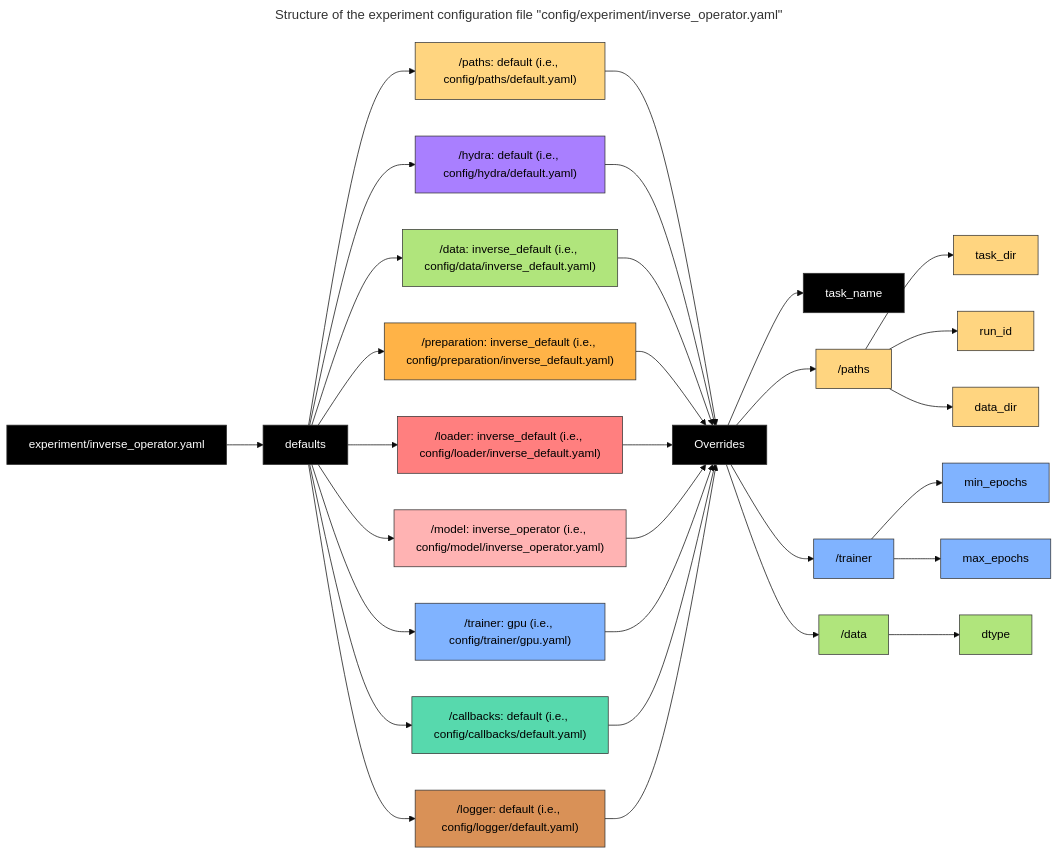
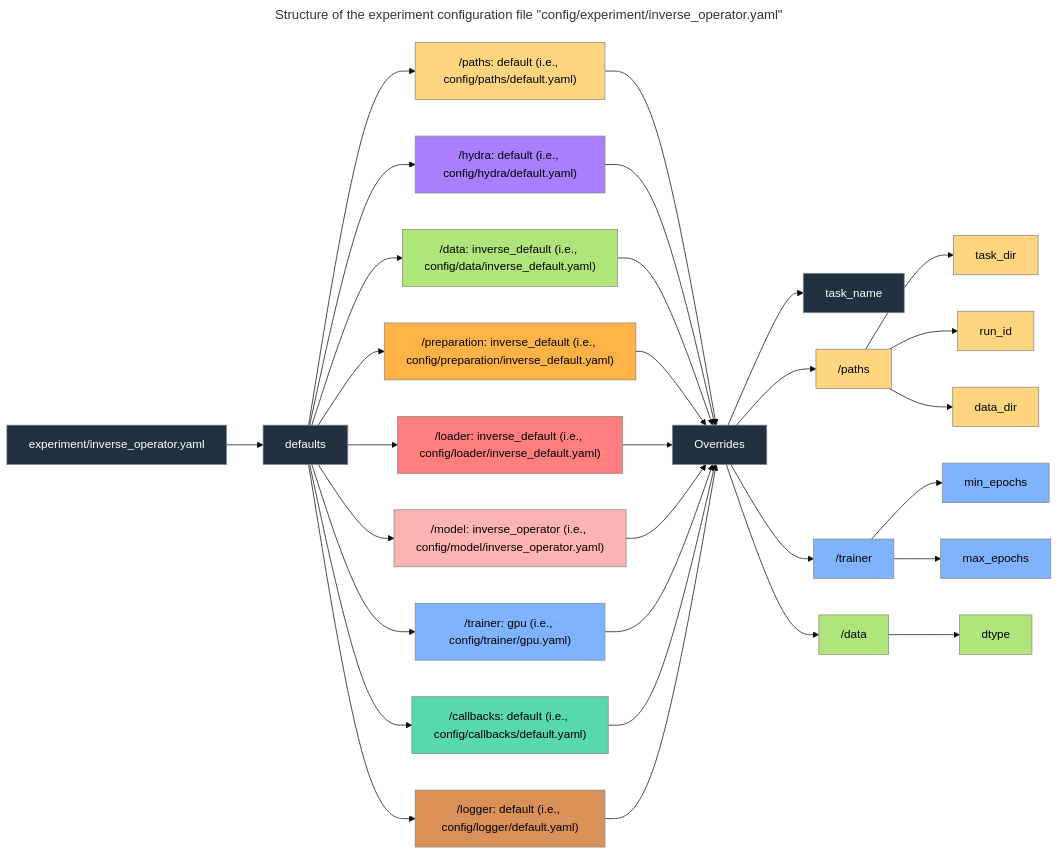
One commit to tremblaybenoit/RACCOONN changed the first of 2 diagrams in README.md. Above: the diagram before and after it, drawn with Mermaid (base theme).

Commit message:
Add experiment configuration to ReadMe.

````diff
--- a/README.md
+++ b/README.md
@@ -52,66 +52,66 @@
 ```mermaid
 ---
 title: Structure of the experiment configuration file "config/experiment/inverse_operator.yaml"
 ---
 flowchart LR
   A["experiment/inverse_operator.yaml"]
   A --> B["defaults"]
   B --> B1["/paths: default (i.e., config/paths/default.yaml)"]
   B --> B2["/hydra: default (i.e., config/hydra/default.yaml)"]
   B --> B3["/data: inverse_default (i.e., config/data/inverse_default.yaml)"]
   B --> B4["/preparation: inverse_default (i.e., config/preparation/inverse_default.yaml)"]
   B --> B5["/loader: inverse_default (i.e., config/loader/inverse_default.yaml)"]
   B --> B6["/model: inverse_operator (i.e., config/model/inverse_operator.yaml)"]
   B --> B7["/trainer: gpu (i.e., config/trainer/gpu.yaml)"]
   B --> B8["/callbacks: default (i.e., config/callbacks/default.yaml)"]
   B --> B9["/logger: default (i.e., config/logger/default.yaml)"]
 
   %% Chaque override pointe vers final_overrides
   B1 --> C
   B2 --> C
   B3 --> C
   B4 --> C
   B5 --> C
   B6 --> C
   B7 --> C
   B8 --> C
   B9 --> C
 
   C["Overrides"]
   C --> C1["task_name"]
   C --> C2["/paths"]
   C2 --> C21["task_dir"]
   C2 --> C22["run_id"]
   C2 --> C23["data_dir"]
   C --> C3["/trainer"]
   C3 --> C31["min_epochs"]
   C3 --> C32["max_epochs"]
   C --> C4["/data"]
   C4 --> C41["dtype"]
 
   %% Couleurs par catégorie (texte blanc ou noir selon le fond)
-  classDef experiment fill:#000,stroke:#333,stroke-width:1px,color:#fff;
-  classDef final_overrides fill:#000,stroke:#333,stroke-width:1px,color:#fff;
-  classDef paths fill:#FFD580,stroke:#333,stroke-width:1px,color:#000;
-  classDef hydra fill:#A97FFF,stroke:#333,stroke-width:1px,color:#000;
-  classDef data fill:#B0E57C,stroke:#333,stroke-width:1px,color:#000;
-  classDef preparation fill:#FFB347,stroke:#333,stroke-width:1px,color:#000;
-  classDef loader fill:#FF7F7F,stroke:#333,stroke-width:1px,color:#000;
-  classDef model fill:#FFB3B3,stroke:#333,stroke-width:1px,color:#000;
-  classDef trainer fill:#80B3FF,stroke:#333,stroke-width:1px,color:#000;
-  classDef callbacks fill:#57D9AD,stroke:#333,stroke-width:1px,color:#000;
-  classDef logger fill:#D99157,stroke:#333,stroke-width:1px,color:#000;
+  classDef experiment fill:#22313F,stroke:#888,stroke-width:1px,color:#fff;
+  classDef final_overrides fill:#22313F,stroke:#888,stroke-width:1px,color:#fff;
+  classDef paths fill:#FFD580,stroke:#888,stroke-width:1px,color:#000;
+  classDef hydra fill:#A97FFF,stroke:#888,stroke-width:1px,color:#000;
+  classDef data fill:#B0E57C,stroke:#888,stroke-width:1px,color:#000;
+  classDef preparation fill:#FFB347,stroke:#888,stroke-width:1px,color:#000;
+  classDef loader fill:#FF7F7F,stroke:#888,stroke-width:1px,color:#000;
+  classDef model fill:#FFB3B3,stroke:#888,stroke-width:1px,color:#000;
+  classDef trainer fill:#80B3FF,stroke:#888,stroke-width:1px,color:#000;
+  classDef callbacks fill:#57D9AD,stroke:#888,stroke-width:1px,color:#000;
+  classDef logger fill:#D99157,stroke:#888,stroke-width:1px,color:#000;
 
   %% Assignation des classes
   class A,B,C1 experiment;
   class C final_overrides;
   class B1,C2,C21,C22,C23 paths;
   class B2 hydra;
   class B3,C4,C41 data;
   class B4 preparation;
   class B5 loader;
   class B6,C5,C51 model;
   class B7,C3,C31,C32 trainer;
   class B8 callbacks;
   class B9 logger;
 ```
````
